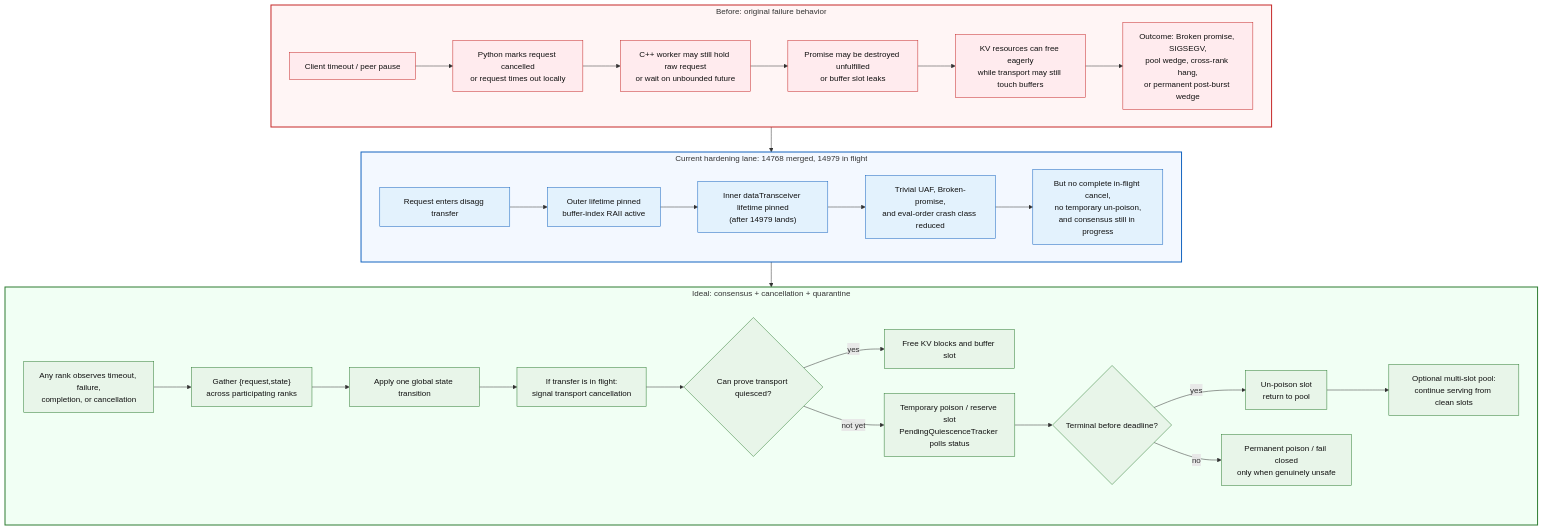
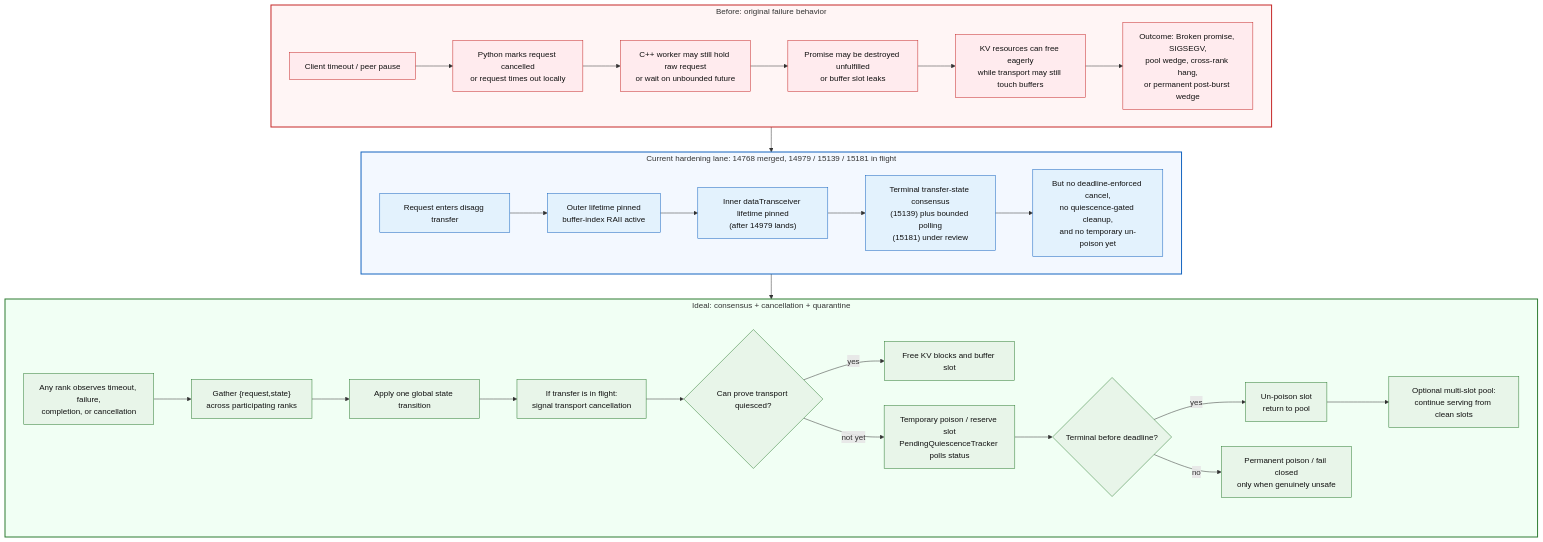
Before and after one commit to chienchunhung/TensorRT-LLM: the second of 2 diagrams in docs/investigations/nvbug-6104831-disagg-permanent-wedge/20-executive-summary-current.md, drawn with Mermaid. The commit also changed other lines of this file and 1 other file, not shown here.

Commit message:
[TRTLLM-12721][docs] Update bounded polling plan

````diff
--- a/docs/investigations/nvbug-6104831-disagg-permanent-wedge/20-executive-summary-current.md
+++ b/docs/investigations/nvbug-6104831-disagg-permanent-wedge/20-executive-summary-current.md
@@ -117,52 +117,52 @@
 ```mermaid
 flowchart TB
     subgraph Before["Before: original failure behavior"]
         B1["Client timeout / peer pause"]
         B2["Python marks request cancelled<br/>or request times out locally"]
         B3["C++ worker may still hold raw request<br/>or wait on unbounded future"]
         B4["Promise may be destroyed unfulfilled<br/>or buffer slot leaks"]
         B5["KV resources can free eagerly<br/>while transport may still touch buffers"]
         B6["Outcome: Broken promise, SIGSEGV,<br/>pool wedge, cross-rank hang,<br/>or permanent post-burst wedge"]
         B1 --> B2 --> B3 --> B4 --> B5 --> B6
     end
 
-    subgraph Current["Current hardening lane: 14768 merged, 14979 in flight"]
+    subgraph Current["Current hardening lane: 14768 merged, 14979 / 15139 / 15181 in flight"]
         C1["Request enters disagg transfer"]
         C2["Outer lifetime pinned<br/>buffer-index RAII active"]
         C3["Inner dataTransceiver lifetime pinned<br/>(after 14979 lands)"]
-        C4["Trivial UAF, Broken-promise,<br/>and eval-order crash class reduced"]
-        C5["But no complete in-flight cancel,<br/>no temporary un-poison,<br/>and consensus still in progress"]
+        C4["Terminal transfer-state consensus<br/>(15139) plus bounded polling<br/>(15181) under review"]
+        C5["But no deadline-enforced cancel,<br/>no quiescence-gated cleanup,<br/>and no temporary un-poison yet"]
         C1 --> C2 --> C3 --> C4 --> C5
     end
 
     subgraph Ideal["Ideal: consensus + cancellation + quarantine"]
         I1["Any rank observes timeout, failure,<br/>completion, or cancellation"]
         I2["Gather {request,state}<br/>across participating ranks"]
         I3["Apply one global state transition"]
         I4["If transfer is in flight:<br/>signal transport cancellation"]
         I5{"Can prove transport quiesced?"}
         I6["Free KV blocks and buffer slot"]
         I7["Temporary poison / reserve slot<br/>PendingQuiescenceTracker polls status"]
         I8{"Terminal before deadline?"}
         I9["Un-poison slot<br/>return to pool"]
         I10["Permanent poison / fail closed<br/>only when genuinely unsafe"]
         I11["Optional multi-slot pool:<br/>continue serving from clean slots"]
         I1 --> I2 --> I3 --> I4 --> I5
         I5 -- "yes" --> I6
         I5 -- "not yet" --> I7 --> I8
         I8 -- "yes" --> I9 --> I11
         I8 -- "no" --> I10
     end
 
     Before --> Current --> Ideal
 
     classDef before fill:#ffebee,stroke:#c62828,color:#111
     classDef current fill:#e3f2fd,stroke:#1565c0,color:#111
     classDef ideal fill:#e8f5e9,stroke:#2e7d32,color:#111
     class B1,B2,B3,B4,B5,B6 before
     class C1,C2,C3,C4,C5 current
     class I1,I2,I3,I4,I5,I6,I7,I8,I9,I10,I11 ideal
     style Before fill:#fff5f5,stroke:#c62828,stroke-width:2px
     style Current fill:#f3f8ff,stroke:#1565c0,stroke-width:2px
     style Ideal fill:#f1fff4,stroke:#2e7d32,stroke-width:2px
 ```
````
